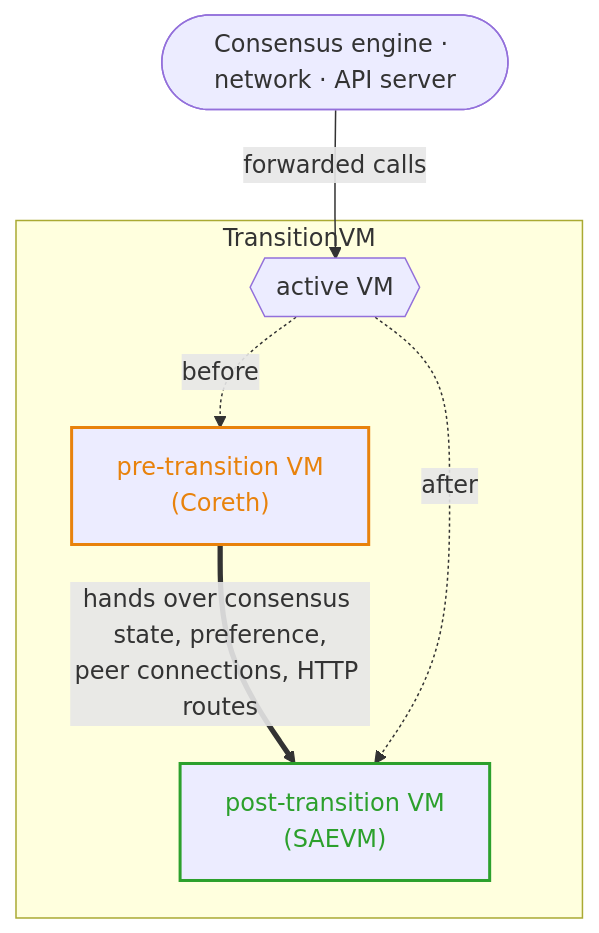
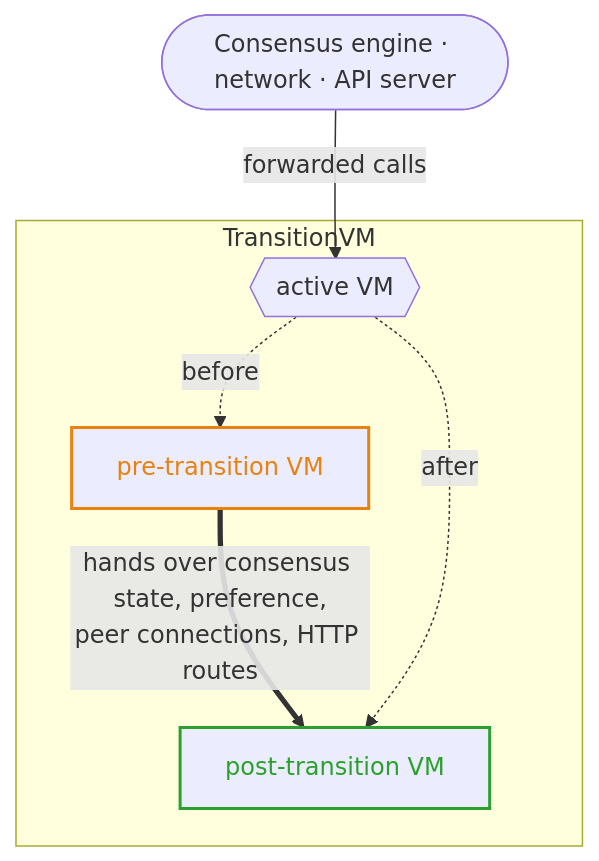
The third of 5 diagrams in vms/transitionvm/README.md (ava-labs/avalanchego), drawn with Mermaid before and after one commit. The commit also changed other lines of this file and 24 other files, not shown here.

````diff
--- a/vms/transitionvm/README.md
+++ b/vms/transitionvm/README.md
@@ -139,20 +138,20 @@
 ```mermaid
 flowchart TB
     ext([Consensus engine · network · API server])
     ext -->|"forwarded calls"| active
 
     subgraph VM["TransitionVM"]
         active{{"active VM"}}
-        pre["pre-transition VM<br/>(Coreth)"]
-        post["post-transition VM<br/>(SAEVM)"]
+        pre["pre-transition VM"]
+        post["post-transition VM"]
         pre ==>|"hands over consensus state, preference,<br/>peer connections, HTTP routes"| post
     end
 
     active -.->|"before"| pre
     active -.->|"after"| post
 
     classDef preCls stroke:#e8820c,stroke-width:2px,color:#e8820c;
     classDef postCls stroke:#2ca02c,stroke-width:2px,color:#2ca02c;
     class pre preCls;
     class post postCls;
 ```
````
